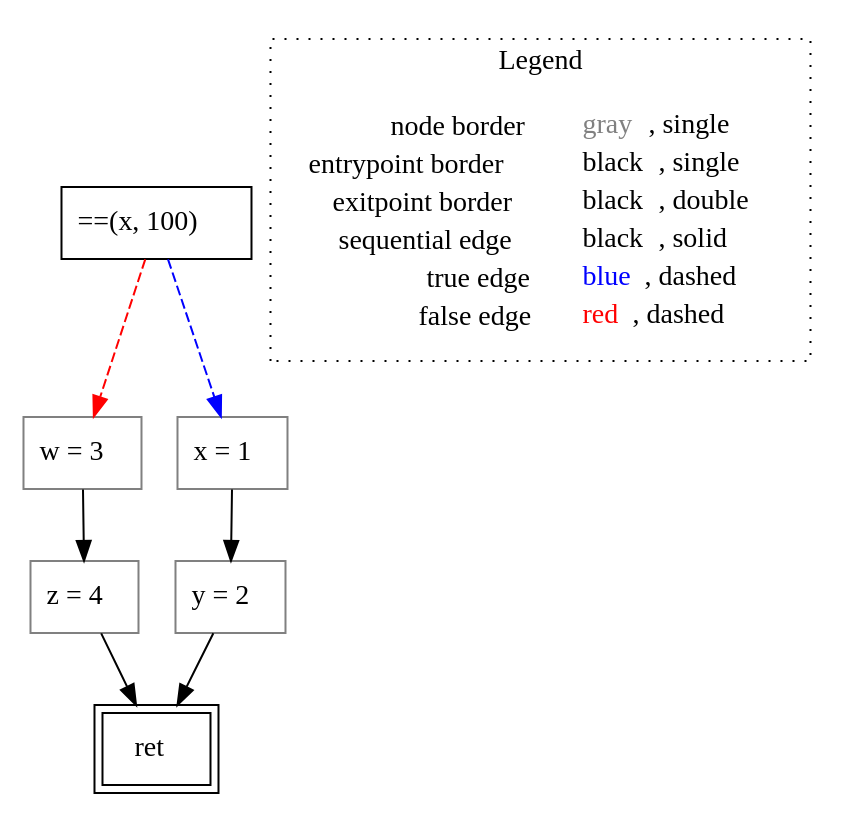
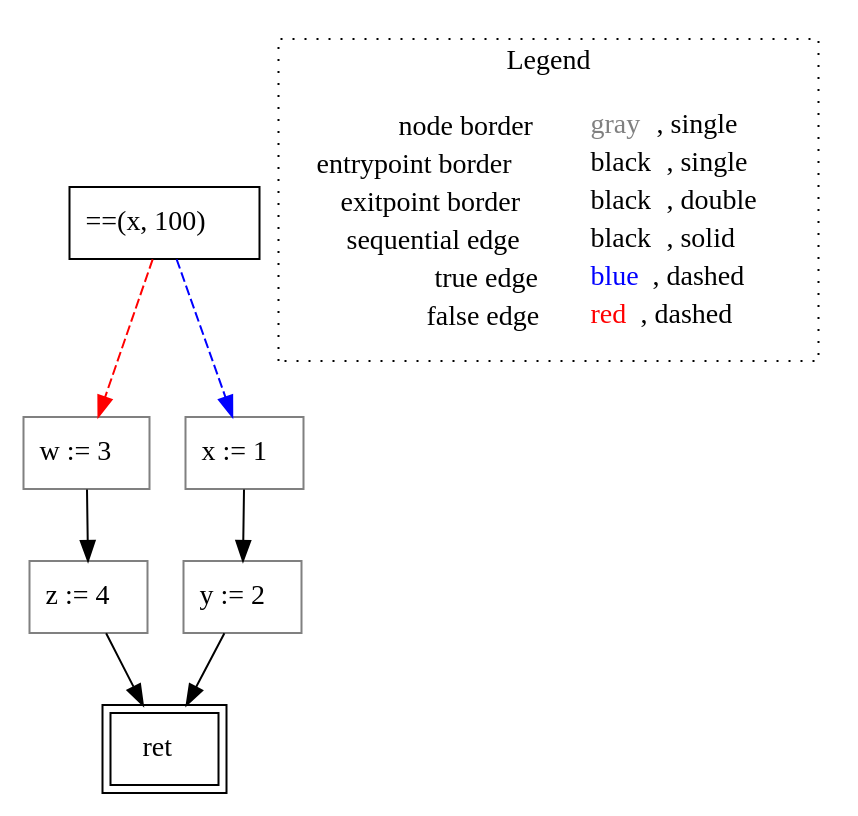
Before and after one commit to lisa-analyzer/go-lisa: the diagram in go-lisa/go-testcases/cfg/if/untyped_~LiSAProgram.asgs().dot, drawn with Graphviz. The commit also changed 9 other files, not shown here.

```diff
--- a/go-lisa/go-testcases/cfg/if/untyped_~LiSAProgram.asgs().dot
+++ b/go-lisa/go-testcases/cfg/if/untyped_~LiSAProgram.asgs().dot
@@ -1,21 +1,21 @@
 digraph {
 	"node0" [shape="rect",color="black",label=<==(x, 100)>];
 	"node1" [shape="rect",color="black",peripheries="2",label=<ret>];
-	"node2" [shape="rect",color="gray",label=<w = 3>];
-	"node3" [shape="rect",color="gray",label=<y = 2>];
-	"node4" [shape="rect",color="gray",label=<z = 4>];
-	"node5" [shape="rect",color="gray",label=<x = 1>];
+	"node2" [shape="rect",color="gray",label=<w := 3>];
+	"node3" [shape="rect",color="gray",label=<y := 2>];
+	"node4" [shape="rect",color="gray",label=<z := 4>];
+	"node5" [shape="rect",color="gray",label=<x := 1>];
 	"node2" -> "node4" [color="black"];
 	"node3" -> "node1" [color="black"];
 	"node0" -> "node2" [color="red",style="dashed"];
 	"node0" -> "node5" [color="blue",style="dashed"];
 	"node4" -> "node1" [color="black"];
 	"node5" -> "node3" [color="black"];
 subgraph cluster_legend {
 	label="Legend";
 	style=dotted;
 	node [shape=plaintext];
 	"legend" [label=<<table border="0" cellpadding="2" cellspacing="0" cellborder="0"><tr><td align="right">node border&nbsp;</td><td align="left"><font color="gray">gray</font>, single</td></tr><tr><td align="right">entrypoint border&nbsp;</td><td align="left"><font color="black">black</font>, single</td></tr><tr><td align="right">exitpoint border&nbsp;</td><td align="left"><font color="black">black</font>, double</td></tr><tr><td align="right">sequential edge&nbsp;</td><td align="left"><font color="black">black</font>, solid</td></tr><tr><td align="right">true edge&nbsp;</td><td align="left"><font color="blue">blue</font>, dashed</td></tr><tr><td align="right">false edge&nbsp;</td><td align="left"><font color="red">red</font>, dashed</td></tr></table>>];
 }
 
 }
```
